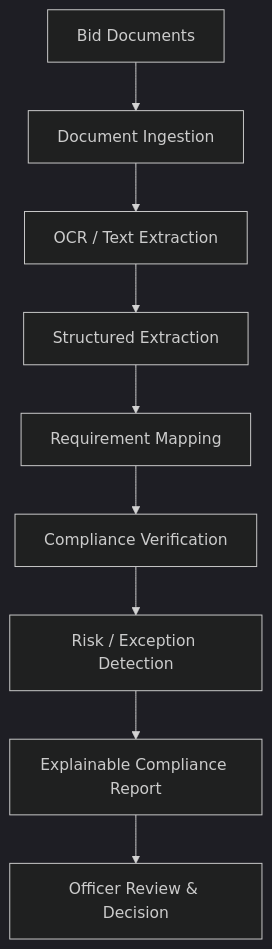
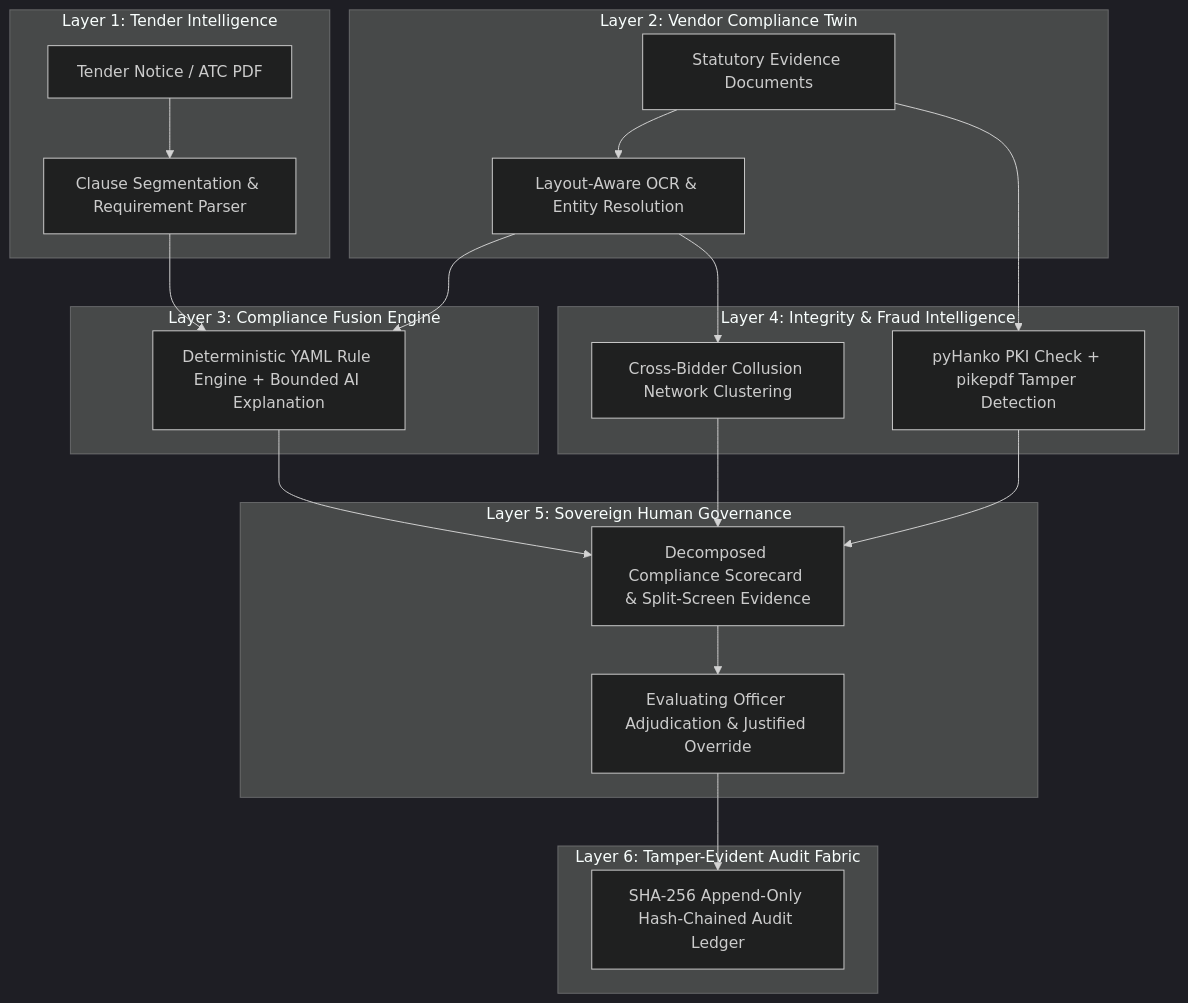
One commit to sakshamp413-hash/gem-bid-compliance-platform changed the diagram in README.md. Above: the diagram before and after it, drawn with Mermaid (dark theme). The commit also changed other lines of this file and 25 other files, not shown here.

Commit message:
feat(sih): harden PRAMAAN platform with complete architecture, docs, CI/CD, and judge package

````diff
--- a/README.md
+++ b/README.md
@@ -116,11 +56,28 @@
 ```mermaid
 flowchart TD
-    A[Bid Documents] --> B[Document Ingestion]
-    B --> C[OCR / Text Extraction]
-    C --> D[Structured Extraction]
-    D --> E[Requirement Mapping]
-    E --> F[Compliance Verification]
-    F --> G[Risk / Exception Detection]
-    G --> H[Explainable Compliance Report]
-    H --> I[Officer Review & Decision]
+    subgraph L1["Layer 1: Tender Intelligence"]
+        T[Tender Notice / ATC PDF] --> TP[Clause Segmentation & Requirement Parser]
+    end
+
+    subgraph L2["Layer 2: Vendor Compliance Twin"]
+        D[Statutory Evidence Documents] --> DP[Layout-Aware OCR & Entity Resolution]
+    end
+
+    subgraph L3["Layer 3: Compliance Fusion Engine"]
+        TP & DP --> CE[Deterministic YAML Rule Engine + Bounded AI Explanation]
+    end
+
+    subgraph L4["Layer 4: Integrity & Fraud Intelligence"]
+        D --> PKI[pyHanko PKI Check + pikepdf Tamper Detection]
+        DP --> CG[Cross-Bidder Collusion Network Clustering]
+    end
+
+    subgraph L5["Layer 5: Sovereign Human Governance"]
+        CE & PKI & CG --> SCORE[Decomposed Compliance Scorecard & Split-Screen Evidence]
+        SCORE --> OFF[Evaluating Officer Adjudication & Justified Override]
+    end
+
+    subgraph L6["Layer 6: Tamper-Evident Audit Fabric"]
+        OFF --> AUD[SHA-256 Append-Only Hash-Chained Audit Ledger]
+    end
 ```
````
